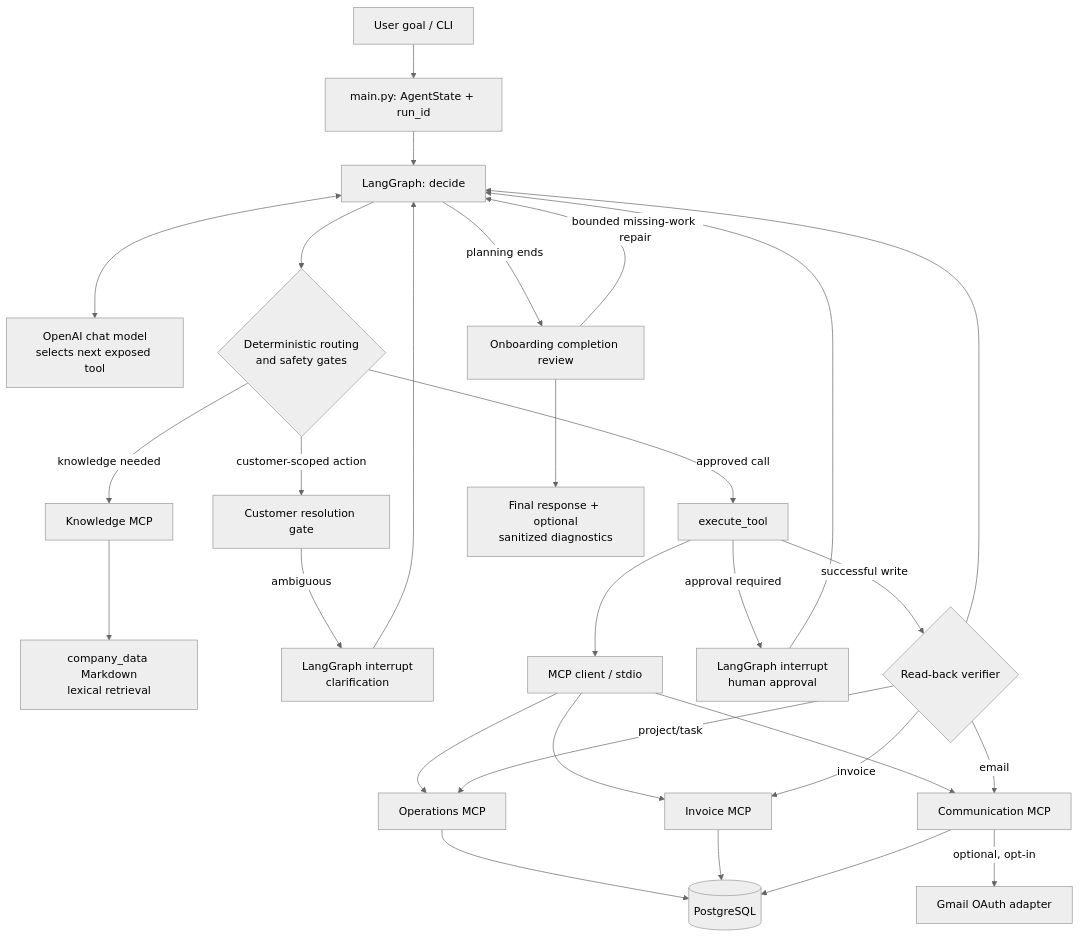
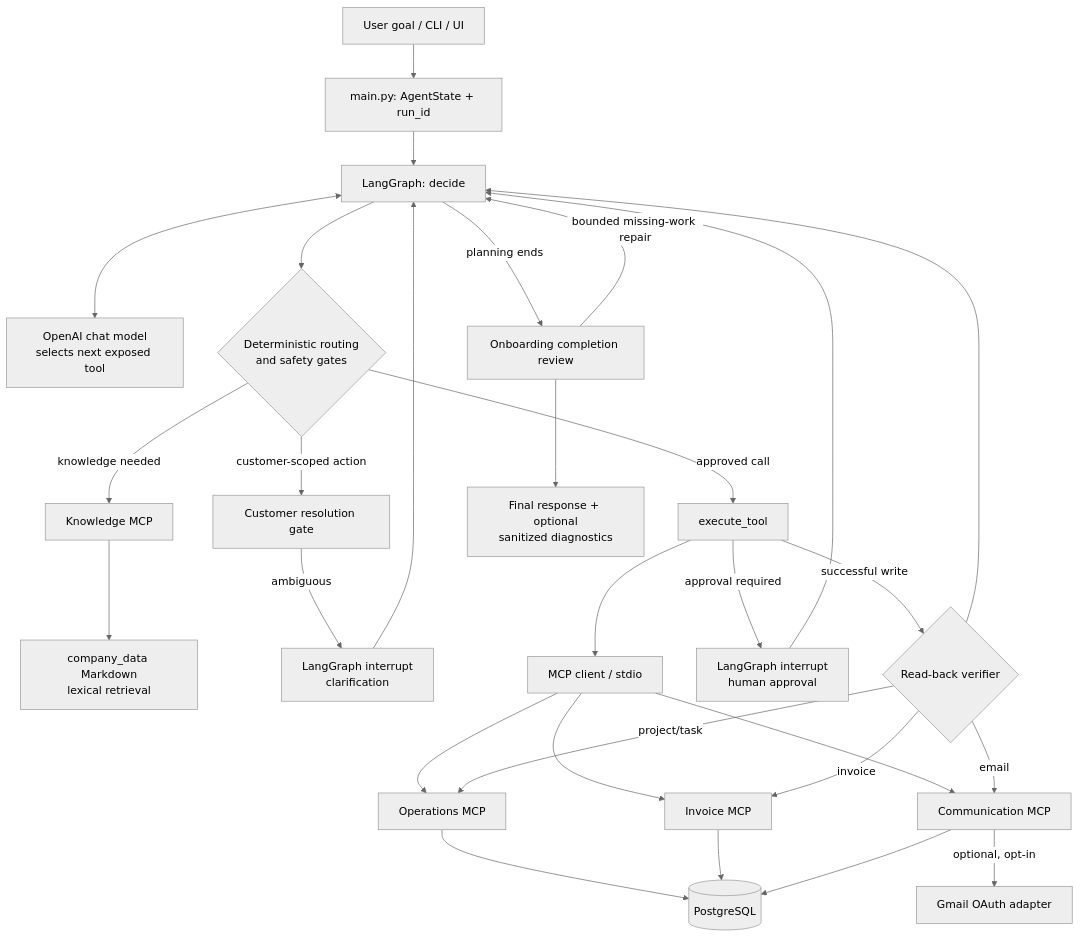
The diagram in README.md (Sarada123-eng/NorthStar-Autonomous-Agent), drawn with Mermaid (neutral theme) before and after one commit. The commit also changed other lines of this file and 1 other file, not shown here.

````diff
--- a/README.md
+++ b/README.md
@@ -53,31 +13,31 @@
 ```mermaid
 flowchart TD
-    U[User goal / CLI] --> M[main.py: AgentState + run_id]
+    U[User goal / CLI / UI] --> M[main.py: AgentState + run_id]
     M --> G[LangGraph: decide]
-    G <--> L[OpenAI chat model\nselects next exposed tool]
-    G --> R{Deterministic routing\nand safety gates}
+    G <--> L[OpenAI chat model<br/>selects next exposed tool]
+    G --> R{Deterministic routing<br/>and safety gates}
     R -->|knowledge needed| K[Knowledge MCP]
-    K --> KB[company_data Markdown\nlexical retrieval]
+    K --> KB[company_data Markdown<br/>lexical retrieval]
     R -->|customer-scoped action| C[Customer resolution gate]
-    C -->|ambiguous| H[LangGraph interrupt\nclarification]
+    C -->|ambiguous| H[LangGraph interrupt<br/>clarification]
     R -->|approved call| X[execute_tool]
     X --> MC[MCP client / stdio]
     MC --> O[Operations MCP]
     MC --> I[Invoice MCP]
     MC --> COM[Communication MCP]
     O --> DB[(PostgreSQL)]
     I --> DB
     COM --> DB
     COM -->|optional, opt-in| GM[Gmail OAuth adapter]
-    X -->|approval required| A[LangGraph interrupt\nhuman approval]
+    X -->|approval required| A[LangGraph interrupt<br/>human approval]
     X -->|successful write| V{Read-back verifier}
     V -->|project/task| O
     V -->|invoice| I
     V -->|email| COM
     V --> G
     G -->|planning ends| Q[Onboarding completion review]
     Q -->|bounded missing-work repair| G
-    Q --> F[Final response + optional\nsanitized diagnostics]
+    Q --> F[Final response + optional<br/>sanitized diagnostics]
     A --> G
     H --> G
 ```
````
